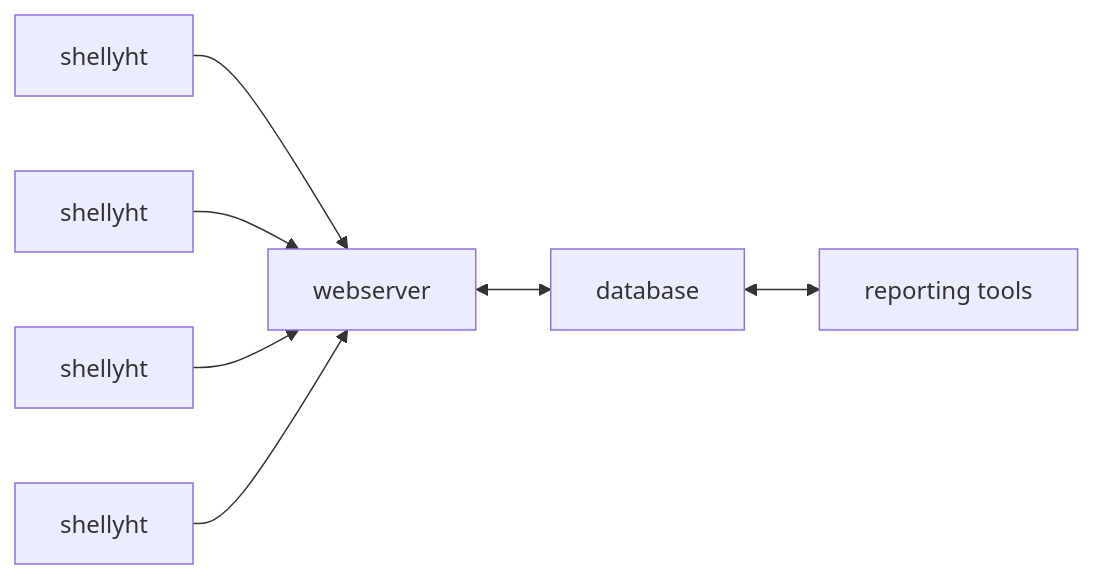
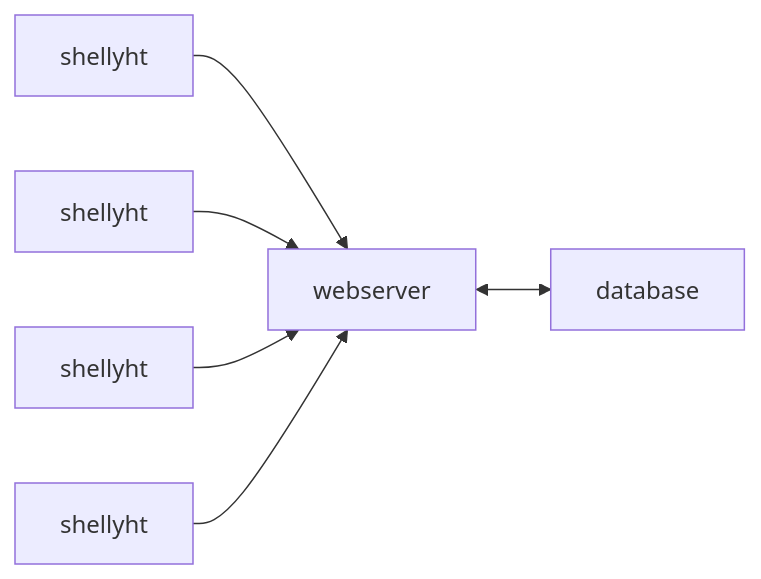
The diagram in README.md (varkenvarken/shellyhtcollector2), drawn with Mermaid before and after one commit. The commit also changed other lines of this file, not shown here.

````diff
--- a/README.md
+++ b/README.md
@@ -17,7 +60,7 @@
 ```mermaid
 flowchart LR
-    s1[shellyht] --> w[webserver] <--> d[database] <--> r[reporting tools]
+    s1[shellyht] --> w[webserver] <--> d[database]
     s2[shellyht] --> w[webserver]
     s3[shellyht] --> w[webserver]
     s4[shellyht] --> w[webserver]
 ```
````
